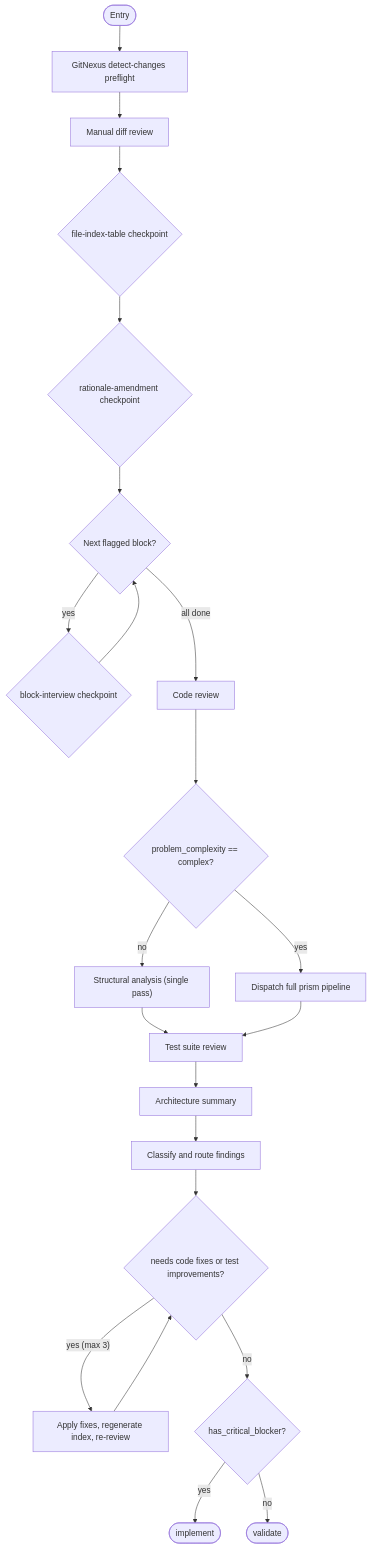
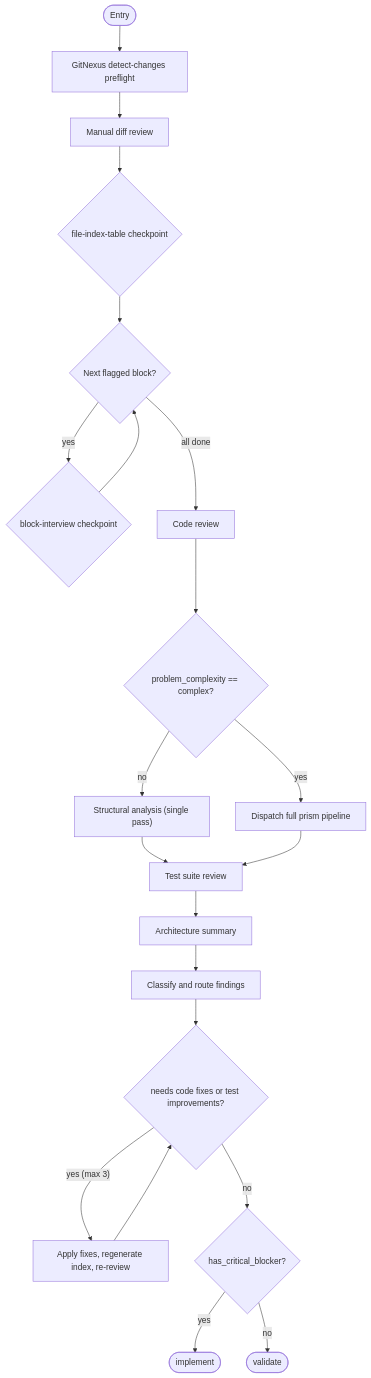
Before and after one commit to m2ux/workflow-server: diagram 11 of 15 in work-package/activities/README.md, drawn with Mermaid. The commit also changed other lines of this file and 4 other files, not shown here.

````diff
--- a/work-package/activities/README.md
+++ b/work-package/activities/README.md
@@ -327,26 +325,25 @@
 ```mermaid
 graph TD
     entryNode(["Entry"]) --> preflight["GitNexus detect-changes preflight"]
     preflight --> manualDiff["Manual diff review"]
     manualDiff --> cpFileIndex{"file-index-table checkpoint"}
-    cpFileIndex --> cpRationale{"rationale-amendment checkpoint"}
-    cpRationale --> interviewLoop{"Next flagged block?"}
+    cpFileIndex --> interviewLoop{"Next flagged block?"}
     interviewLoop -->|"yes"| cpInterview{"block-interview checkpoint"}
     cpInterview --> interviewLoop
     interviewLoop -->|"all done"| codeReview["Code review"]
 
     codeReview --> structural{"problem_complexity == complex?"}
     structural -->|"no"| structuralInline["Structural analysis (single pass)"]
     structural -->|"yes"| dispatchPrism["Dispatch full prism pipeline"]
     structuralInline --> testReview["Test suite review"]
     dispatchPrism --> testReview
     testReview --> archSummary["Architecture summary"]
     archSummary --> classify["Classify and route findings"]
 
     classify --> fixCycle{"needs code fixes or test improvements?"}
     fixCycle -->|"yes (max 3)"| applyFixes["Apply fixes, regenerate index, re-review"]
     applyFixes --> fixCycle
     fixCycle -->|"no"| blockerGate{"has_critical_blocker?"}
     blockerGate -->|"yes"| exitImplement(["implement"])
     blockerGate -->|"no"| exitValidate(["validate"])
 ```
````
